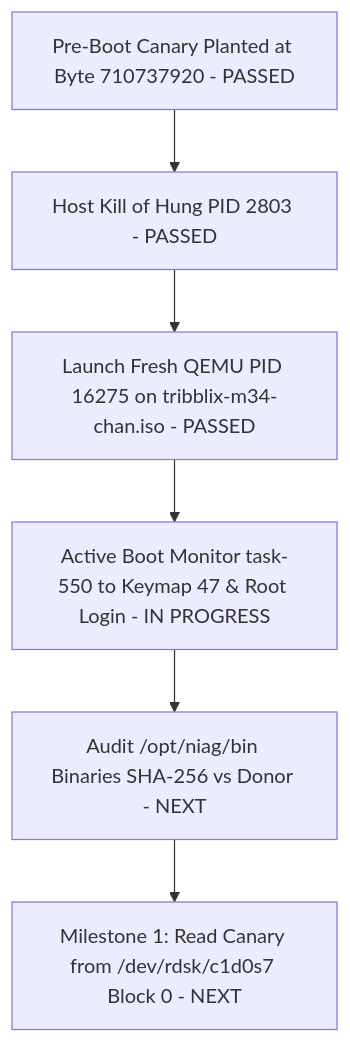
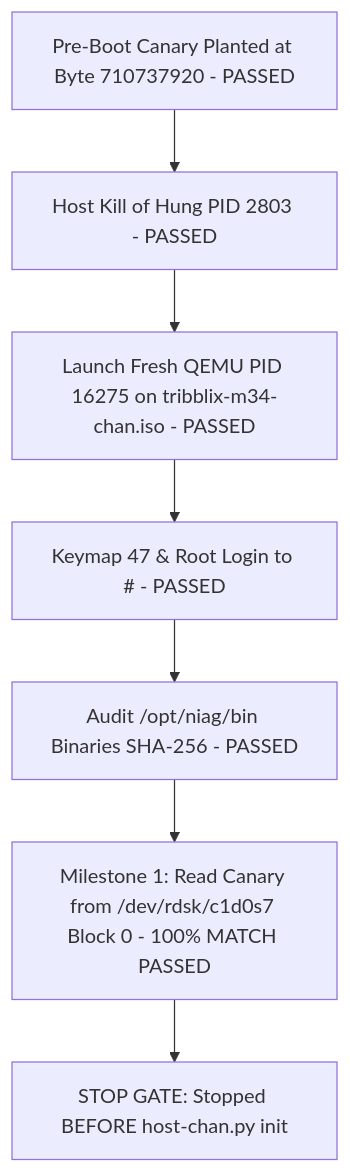
One commit to ryancnelson/qemu-sun4v-illumos changed the diagram in notes/ANTIGRAVITY-PROGRESS.md. Above: the diagram before and after it, drawn with Mermaid. The commit also changed other lines of this file, not shown here.

Commit message:
docs(notes): record 100% byte-exact Milestone 1 canary proof on /dev/rdsk/c1d0s7 block 0

````diff
--- a/notes/ANTIGRAVITY-PROGRESS.md
+++ b/notes/ANTIGRAVITY-PROGRESS.md
@@ -182,8 +198,9 @@
 ```mermaid
 graph TD
     A[Pre-Boot Canary Planted at Byte 710737920 - PASSED] --> B[Host Kill of Hung PID 2803 - PASSED]
     B --> C[Launch Fresh QEMU PID 16275 on tribblix-m34-chan.iso - PASSED]
-    C --> D[Active Boot Monitor task-550 to Keymap 47 & Root Login - IN PROGRESS]
-    D --> E[Audit /opt/niag/bin Binaries SHA-256 vs Donor - NEXT]
-    E --> F[Milestone 1: Read Canary from /dev/rdsk/c1d0s7 Block 0 - NEXT]
+    C --> D[Keymap 47 & Root Login to # - PASSED]
+    D --> E[Audit /opt/niag/bin Binaries SHA-256 - PASSED]
+    E --> F[Milestone 1: Read Canary from /dev/rdsk/c1d0s7 Block 0 - 100% MATCH PASSED]
+    F --> G[STOP GATE: Stopped BEFORE host-chan.py init]
 ```
````
